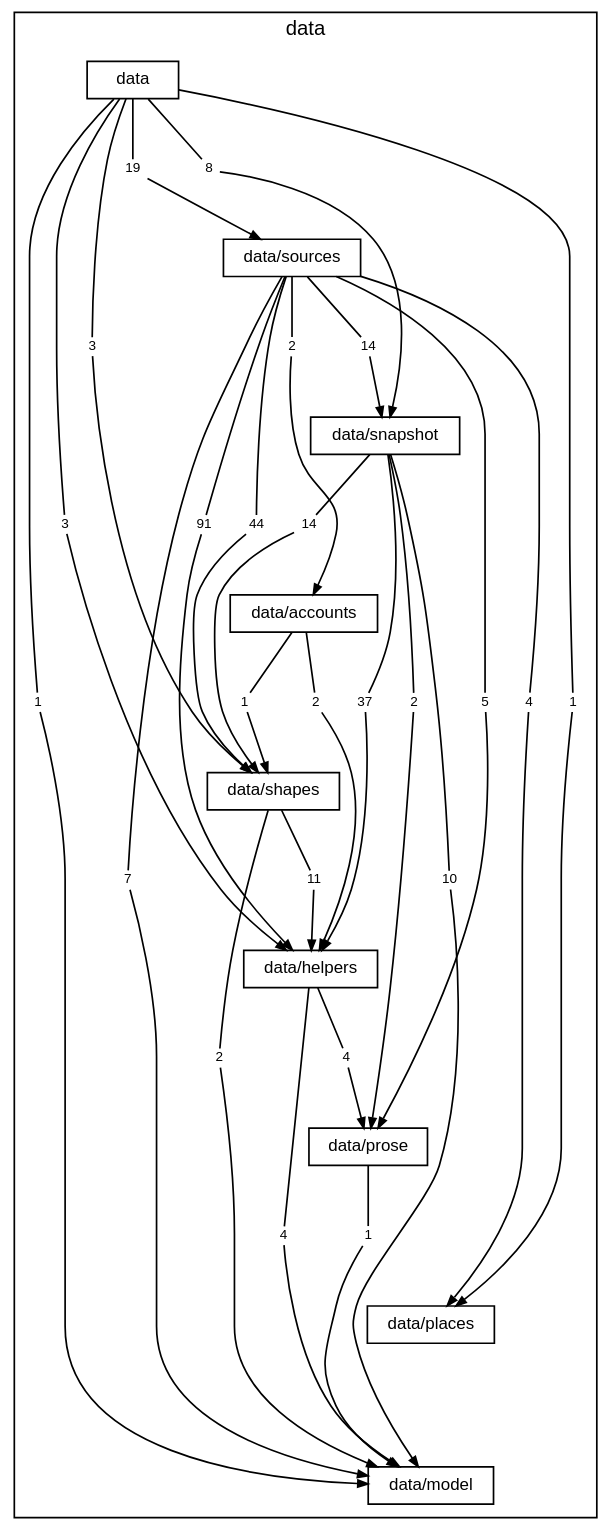
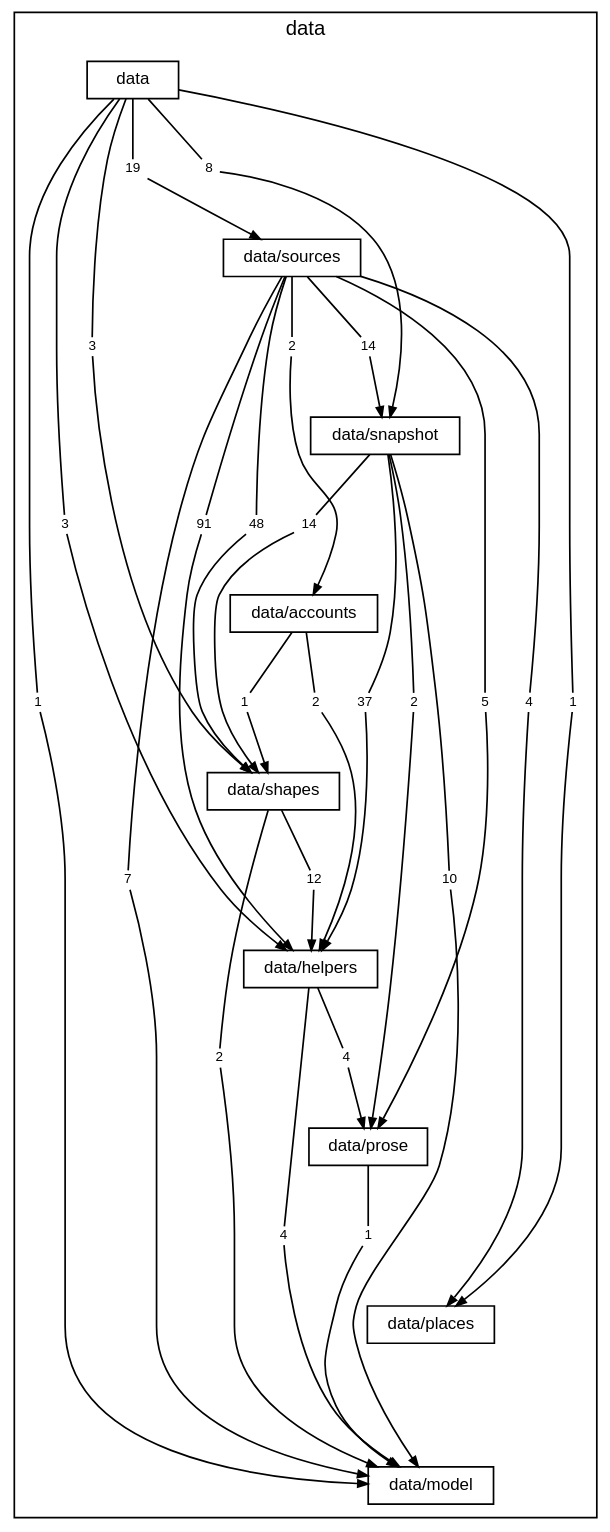
The diagram in docs/diagrams/layer-data.dot (TheAxeC/oculus), drawn with Graphviz before and after one commit. The commit also changed 57 other files, not shown here.

```diff
--- a/docs/diagrams/layer-data.dot
+++ b/docs/diagrams/layer-data.dot
@@ -1,97 +1,97 @@
 digraph layer_data {
     graph [bgcolor="transparent", rankdir=TB, newrank=true, mclimit=4, fontname="Helvetica", fontsize=12, nodesep=0.2, ranksep=0.5];
     node [shape=box, color="black", fontcolor="black", fontname="Helvetica", fontsize=10, height=0.3, margin="0.12,0.04"];
     edge [color="black", fontcolor="black", fontname="Helvetica", fontsize=8, arrowsize=0.6];
     subgraph "cluster_data" {
         label="data"; style=solid;
         "folder data" [label="data"];
         "folder data/sources" [label="data/sources"];
         "folder data/snapshot" [label="data/snapshot"];
         "folder data/accounts" [label="data/accounts"];
         "folder data/shapes" [label="data/shapes"];
         "folder data/helpers" [label="data/helpers"];
         "folder data/prose" [label="data/prose"];
         "folder data/places" [label="data/places"];
         "folder data/model" [label="data/model"];
         "folder data to folder data/helpers" [label="3", shape=box, color="transparent", fontsize=8, width=0, height=0, margin="0.04,0.02"];
         "folder data to folder data/model" [label="1", shape=box, color="transparent", fontsize=8, width=0, height=0, margin="0.04,0.02"];
         "folder data to folder data/places" [label="1", shape=box, color="transparent", fontsize=8, width=0, height=0, margin="0.04,0.02"];
         "folder data to folder data/shapes" [label="3", shape=box, color="transparent", fontsize=8, width=0, height=0, margin="0.04,0.02"];
         "folder data to folder data/snapshot" [label="8", shape=box, color="transparent", fontsize=8, width=0, height=0, margin="0.04,0.02"];
         "folder data to folder data/sources" [label="19", shape=box, color="transparent", fontsize=8, width=0, height=0, margin="0.04,0.02"];
         "folder data/sources to folder data/accounts" [label="2", shape=box, color="transparent", fontsize=8, width=0, height=0, margin="0.04,0.02"];
         "folder data/sources to folder data/helpers" [label="91", shape=box, color="transparent", fontsize=8, width=0, height=0, margin="0.04,0.02"];
         "folder data/sources to folder data/model" [label="7", shape=box, color="transparent", fontsize=8, width=0, height=0, margin="0.04,0.02"];
         "folder data/sources to folder data/places" [label="4", shape=box, color="transparent", fontsize=8, width=0, height=0, margin="0.04,0.02"];
         "folder data/sources to folder data/prose" [label="5", shape=box, color="transparent", fontsize=8, width=0, height=0, margin="0.04,0.02"];
-        "folder data/sources to folder data/shapes" [label="44", shape=box, color="transparent", fontsize=8, width=0, height=0, margin="0.04,0.02"];
+        "folder data/sources to folder data/shapes" [label="48", shape=box, color="transparent", fontsize=8, width=0, height=0, margin="0.04,0.02"];
         "folder data/sources to folder data/snapshot" [label="14", shape=box, color="transparent", fontsize=8, width=0, height=0, margin="0.04,0.02"];
         "folder data/snapshot to folder data/helpers" [label="37", shape=box, color="transparent", fontsize=8, width=0, height=0, margin="0.04,0.02"];
         "folder data/snapshot to folder data/model" [label="10", shape=box, color="transparent", fontsize=8, width=0, height=0, margin="0.04,0.02"];
         "folder data/snapshot to folder data/prose" [label="2", shape=box, color="transparent", fontsize=8, width=0, height=0, margin="0.04,0.02"];
         "folder data/snapshot to folder data/shapes" [label="14", shape=box, color="transparent", fontsize=8, width=0, height=0, margin="0.04,0.02"];
         "folder data/accounts to folder data/helpers" [label="2", shape=box, color="transparent", fontsize=8, width=0, height=0, margin="0.04,0.02"];
         "folder data/accounts to folder data/shapes" [label="1", shape=box, color="transparent", fontsize=8, width=0, height=0, margin="0.04,0.02"];
-        "folder data/shapes to folder data/helpers" [label="11", shape=box, color="transparent", fontsize=8, width=0, height=0, margin="0.04,0.02"];
+        "folder data/shapes to folder data/helpers" [label="12", shape=box, color="transparent", fontsize=8, width=0, height=0, margin="0.04,0.02"];
         "folder data/shapes to folder data/model" [label="2", shape=box, color="transparent", fontsize=8, width=0, height=0, margin="0.04,0.02"];
         "folder data/helpers to folder data/model" [label="4", shape=box, color="transparent", fontsize=8, width=0, height=0, margin="0.04,0.02"];
         "folder data/helpers to folder data/prose" [label="4", shape=box, color="transparent", fontsize=8, width=0, height=0, margin="0.04,0.02"];
         "folder data/prose to folder data/model" [label="1", shape=box, color="transparent", fontsize=8, width=0, height=0, margin="0.04,0.02"];
     }
     "folder data" -> "folder data/sources" [style=invis, weight=10, minlen=2];
     "folder data/sources" -> "folder data/snapshot" [style=invis, weight=10, minlen=2];
     "folder data/snapshot" -> "folder data/accounts" [style=invis, weight=10, minlen=2];
     "folder data/accounts" -> "folder data/shapes" [style=invis, weight=10, minlen=2];
     "folder data/shapes" -> "folder data/helpers" [style=invis, weight=10, minlen=2];
     "folder data/helpers" -> "folder data/prose" [style=invis, weight=10, minlen=2];
     "folder data/prose" -> "folder data/places" [style=invis, weight=10, minlen=2];
     "folder data/places" -> "folder data/model" [style=invis, weight=10, minlen=2];
     "folder data" -> "folder data to folder data/helpers" [arrowhead=none, minlen=5, weight=10];
     "folder data to folder data/helpers" -> "folder data/helpers" [];
     "folder data" -> "folder data to folder data/model" [arrowhead=none, minlen=7, weight=10];
     "folder data to folder data/model" -> "folder data/model" [];
     "folder data" -> "folder data to folder data/places" [arrowhead=none, minlen=7, weight=10];
     "folder data to folder data/places" -> "folder data/places" [];
     "folder data" -> "folder data to folder data/shapes" [arrowhead=none, minlen=3, weight=10];
     "folder data to folder data/shapes" -> "folder data/shapes" [];
     "folder data" -> "folder data to folder data/snapshot" [arrowhead=none, minlen=1, weight=10];
     "folder data to folder data/snapshot" -> "folder data/snapshot" [];
     "folder data" -> "folder data to folder data/sources" [arrowhead=none, minlen=1, weight=10];
     "folder data to folder data/sources" -> "folder data/sources" [];
     "folder data/sources" -> "folder data/sources to folder data/accounts" [arrowhead=none, minlen=1, weight=10];
     "folder data/sources to folder data/accounts" -> "folder data/accounts" [];
     "folder data/sources" -> "folder data/sources to folder data/helpers" [arrowhead=none, minlen=3, weight=10];
     "folder data/sources to folder data/helpers" -> "folder data/helpers" [];
     "folder data/sources" -> "folder data/sources to folder data/model" [arrowhead=none, minlen=7, weight=10];
     "folder data/sources to folder data/model" -> "folder data/model" [];
     "folder data/sources" -> "folder data/sources to folder data/places" [arrowhead=none, minlen=5, weight=10];
     "folder data/sources to folder data/places" -> "folder data/places" [];
     "folder data/sources" -> "folder data/sources to folder data/prose" [arrowhead=none, minlen=5, weight=10];
     "folder data/sources to folder data/prose" -> "folder data/prose" [];
     "folder data/sources" -> "folder data/sources to folder data/shapes" [arrowhead=none, minlen=3, weight=10];
     "folder data/sources to folder data/shapes" -> "folder data/shapes" [];
     "folder data/sources" -> "folder data/sources to folder data/snapshot" [arrowhead=none, minlen=1, weight=10];
     "folder data/sources to folder data/snapshot" -> "folder data/snapshot" [];
     "folder data/snapshot" -> "folder data/snapshot to folder data/helpers" [arrowhead=none, minlen=3, weight=10];
     "folder data/snapshot to folder data/helpers" -> "folder data/helpers" [];
     "folder data/snapshot" -> "folder data/snapshot to folder data/model" [arrowhead=none, minlen=5, weight=10];
     "folder data/snapshot to folder data/model" -> "folder data/model" [];
     "folder data/snapshot" -> "folder data/snapshot to folder data/prose" [arrowhead=none, minlen=3, weight=10];
     "folder data/snapshot to folder data/prose" -> "folder data/prose" [];
     "folder data/snapshot" -> "folder data/snapshot to folder data/shapes" [arrowhead=none, minlen=1, weight=10];
     "folder data/snapshot to folder data/shapes" -> "folder data/shapes" [];
     "folder data/accounts" -> "folder data/accounts to folder data/helpers" [arrowhead=none, minlen=1, weight=10];
     "folder data/accounts to folder data/helpers" -> "folder data/helpers" [];
     "folder data/accounts" -> "folder data/accounts to folder data/shapes" [arrowhead=none, minlen=1, weight=10];
     "folder data/accounts to folder data/shapes" -> "folder data/shapes" [];
     "folder data/shapes" -> "folder data/shapes to folder data/helpers" [arrowhead=none, minlen=1, weight=10];
     "folder data/shapes to folder data/helpers" -> "folder data/helpers" [];
     "folder data/shapes" -> "folder data/shapes to folder data/model" [arrowhead=none, minlen=3, weight=10];
     "folder data/shapes to folder data/model" -> "folder data/model" [];
     "folder data/helpers" -> "folder data/helpers to folder data/model" [arrowhead=none, minlen=3, weight=10];
     "folder data/helpers to folder data/model" -> "folder data/model" [];
     "folder data/helpers" -> "folder data/helpers to folder data/prose" [arrowhead=none, minlen=1, weight=10];
     "folder data/helpers to folder data/prose" -> "folder data/prose" [];
     "folder data/prose" -> "folder data/prose to folder data/model" [arrowhead=none, minlen=1, weight=10];
     "folder data/prose to folder data/model" -> "folder data/model" [];
 }
```
